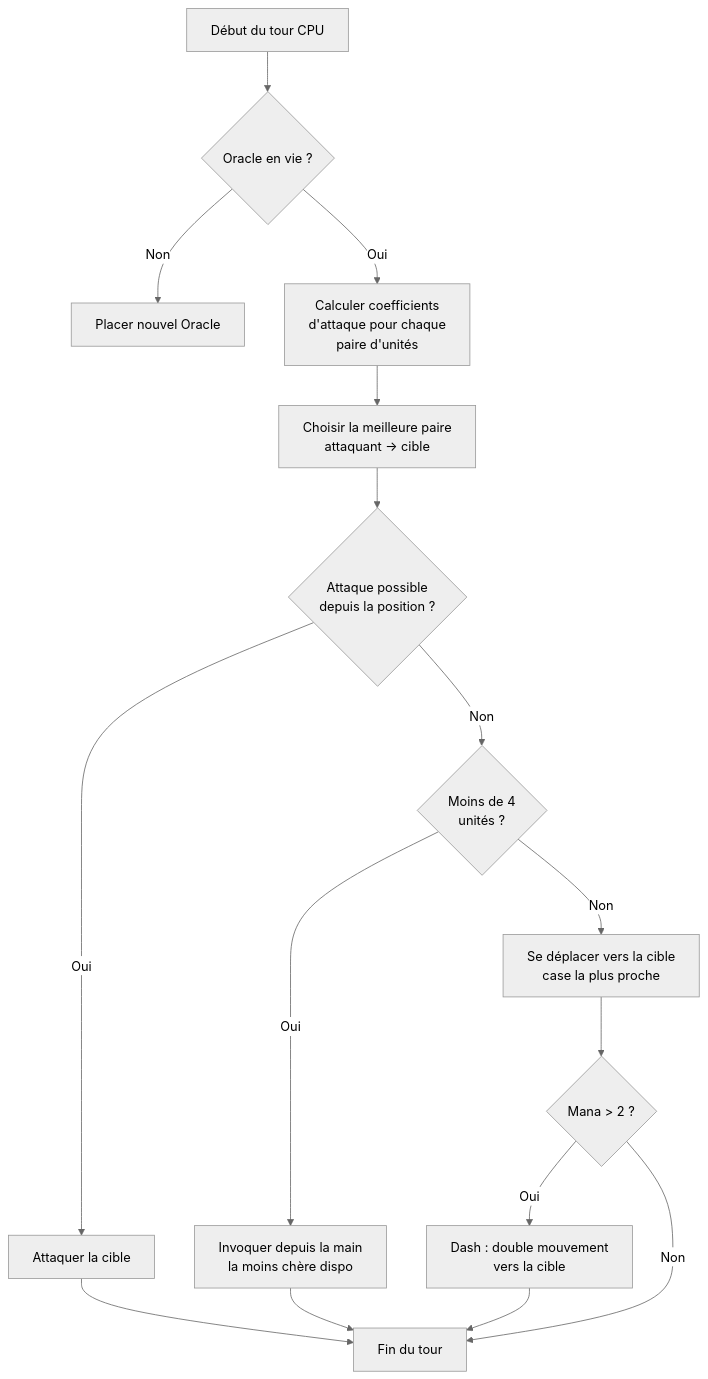
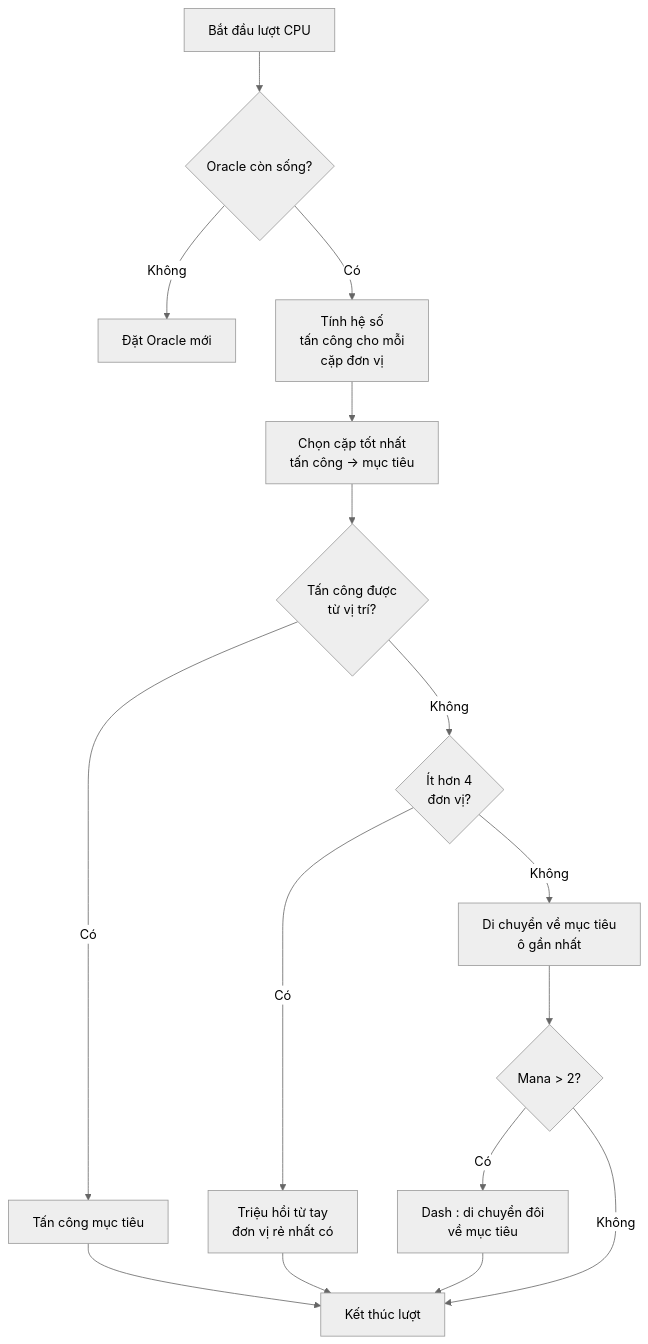
The diagram in public/articles/vi/nausicaa-ai.md (fox3000foxy/fox3000foxy.github.io), drawn with Mermaid (neutral theme) before and after one commit. The commit also changed other lines of this file and 576 other files, not shown here.

````diff
--- a/public/articles/vi/nausicaa-ai.md
+++ b/public/articles/vi/nausicaa-ai.md
@@ -140,18 +141,18 @@
 ```mermaid
 flowchart TD
-    A[Début du tour CPU] --> B{Oracle en vie ?}
-    B -->|Non| C[Placer nouvel Oracle]
-    B -->|Oui| D[Calculer coefficients\nd'attaque pour chaque\npaire d'unités]
-    D --> E[Choisir la meilleure paire\nattaquant → cible]
-    E --> F{Attaque possible\ndepuis la position ?}
-    F -->|Oui| G[Attaquer la cible]
-    F -->|Non| H{Moins de 4\nunités ?}
-    H -->|Oui| I[Invoquer depuis la main\nla moins chère dispo]
-    H -->|Non| J[Se déplacer vers la cible\ncase la plus proche]
-    J --> K{Mana > 2 ?}
-    K -->|Oui| L[Dash : double mouvement\nvers la cible]
-    K -->|Non| M[Fin du tour]
+    A[Bắt đầu lượt CPU] --> B{Oracle còn sống?}
+    B -->|Không| C[Đặt Oracle mới]
+    B -->|Có| D[Tính hệ số\ntấn công cho mỗi\ncặp đơn vị]
+    D --> E[Chọn cặp tốt nhất\ntấn công → mục tiêu]
+    E --> F{Tấn công được\ntừ vị trí?}
+    F -->|Có| G[Tấn công mục tiêu]
+    F -->|Không| H{Ít hơn 4\nđơn vị?}
+    H -->|Có| I[Triệu hồi từ tay\nđơn vị rẻ nhất có]
+    H -->|Không| J[Di chuyển về mục tiêu\nô gần nhất]
+    J --> K{Mana > 2?}
+    K -->|Có| L[Dash : di chuyển đôi\nvề mục tiêu]
+    K -->|Không| M[Kết thúc lượt]
     G --> M
     I --> M
     L --> M
 ```
````
